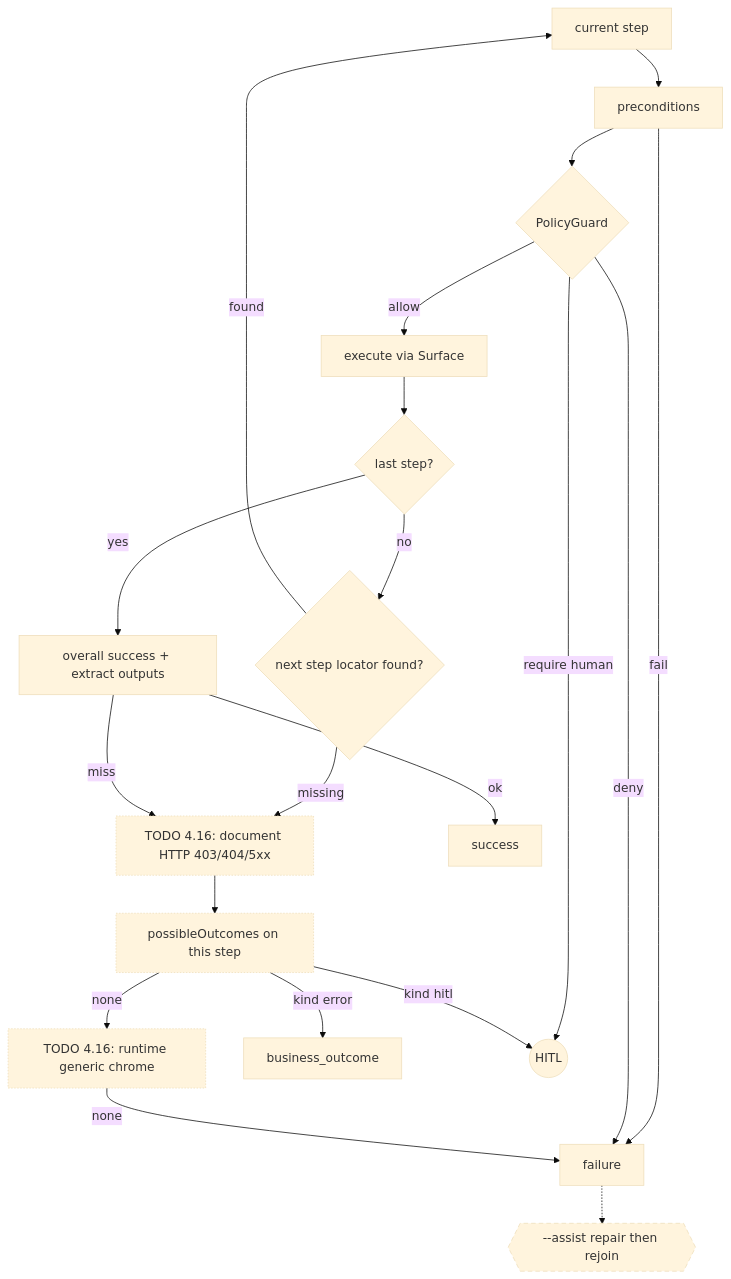
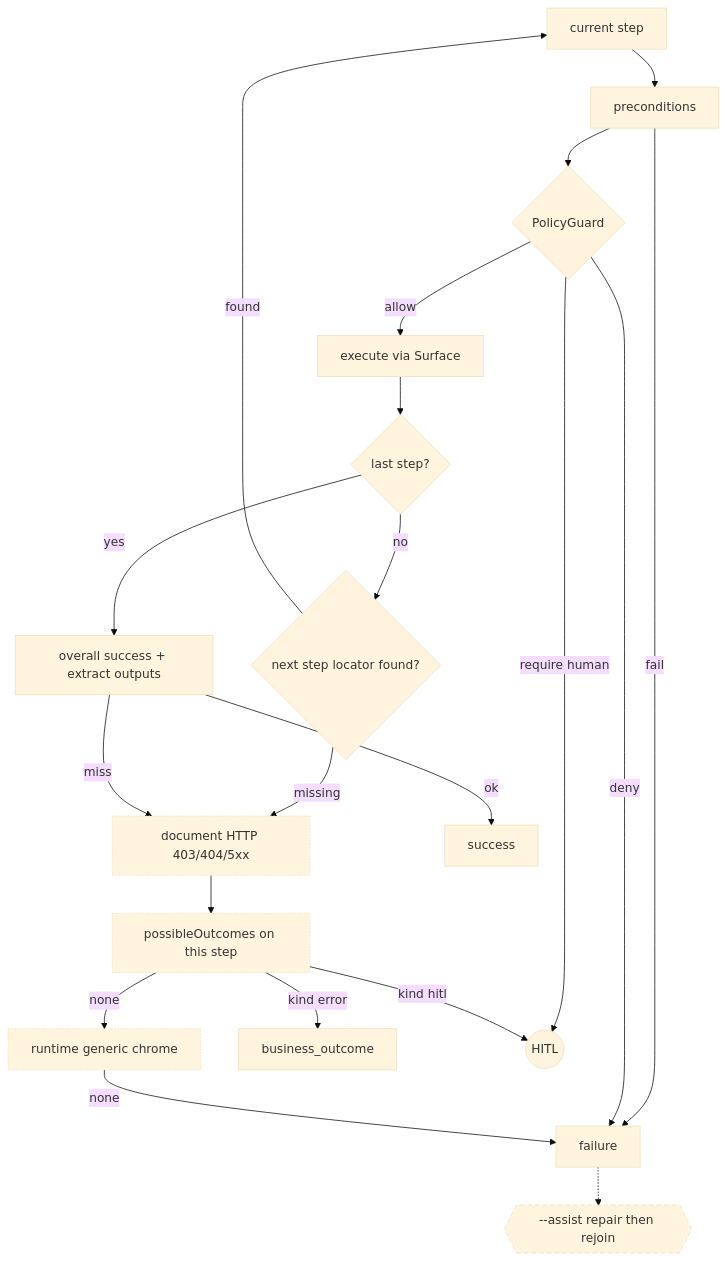
The seventh of 17 diagrams in docs/00-system-design.md (ankinelaturu/icas), drawn with Mermaid (base theme) before and after one commit. The commit also changed other lines of this file and 4 other files, not shown here.

First line of the commit message:
feat(replay): fail on document 403/404 then generic chrome

````diff
--- a/docs/00-system-design.md
+++ b/docs/00-system-design.md
@@ -298,43 +298,43 @@
 ```mermaid
 flowchart TB
   step["current step"]
   pre[preconditions]
   policy{PolicyGuard}
   exec[execute via Surface]
   last{last step?}
   nextLoc{next step locator found?}
-  http["TODO 4.16: document HTTP 403/404/5xx"]
+  http["document HTTP 403/404/5xx"]
   outcomes["possibleOutcomes on this step"]
-  generic["TODO 4.16: runtime generic chrome"]
+  generic["runtime generic chrome"]
   success[overall success + extract outputs]
   resultSuccess["success"]
   resultBiz["business_outcome"]
   resultHitl((HITL))
   resultFail["failure"]
   assist{{"--assist repair then rejoin"}}
 
   step --> pre
   pre -->|fail| resultFail
   pre --> policy
   policy -->|deny| resultFail
   policy -->|require human| resultHitl
   policy -->|allow| exec
   exec --> last
   last -->|no| nextLoc
   last -->|yes| success
   nextLoc -->|found| step
   nextLoc -->|missing| http
   http --> outcomes
   outcomes -->|kind error| resultBiz
   outcomes -->|kind hitl| resultHitl
   outcomes -->|none| generic
   generic -->|none| resultFail
   success -->|ok| resultSuccess
   success -->|miss| http
   resultFail -.-> assist
 
   classDef optional stroke-dasharray: 6 4
   classDef todo stroke-dasharray: 2 2
   class assist optional
   class http,outcomes,generic todo
 ```
````
